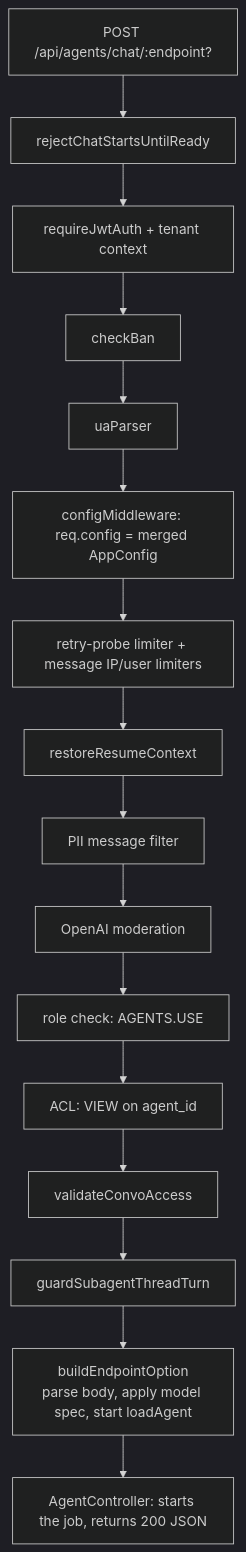
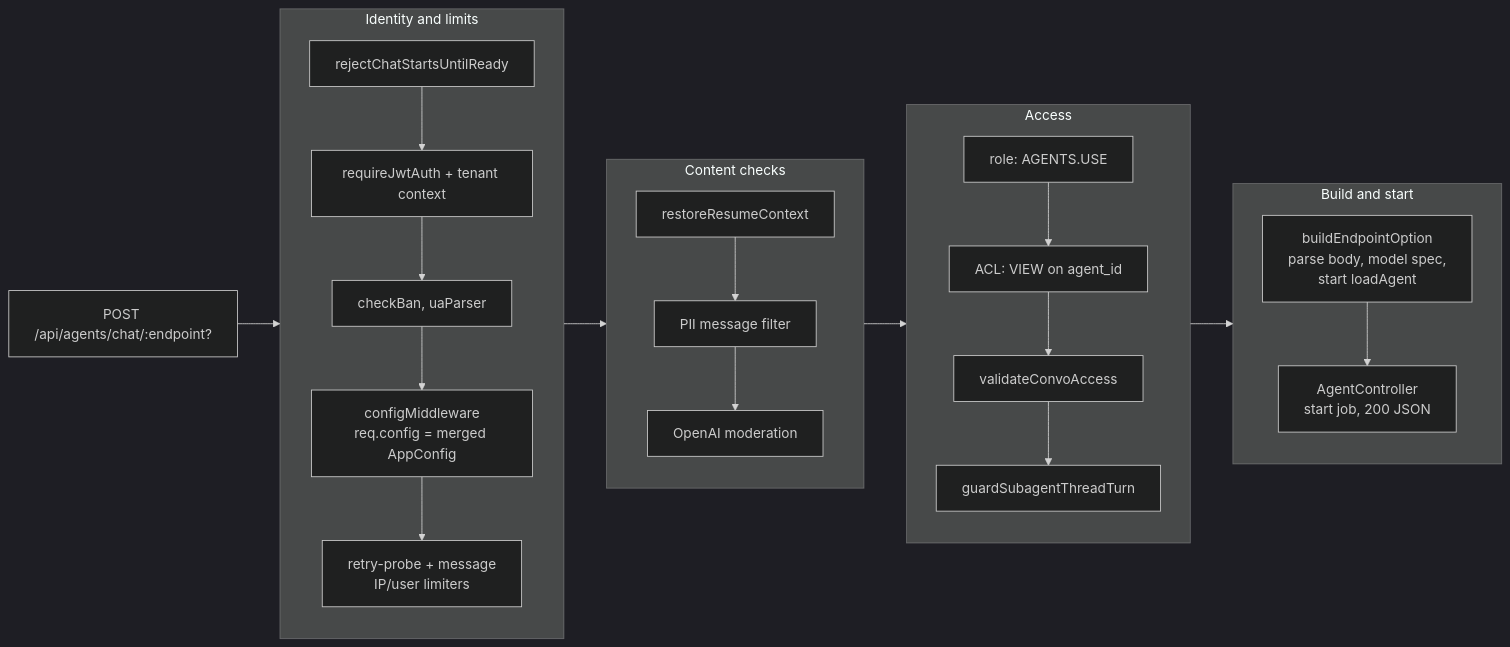
The fifth of 24 diagrams in docs/architecture/README.md (ritchie-xl/LibreChat), drawn with Mermaid (dark theme) before and after one commit. The commit also changed other lines of this file, not shown here.

Commit message:
docs: lay out long architecture flowcharts in stages
Claude-Session: https://claude.ai/code/session_0177wHVj6TGEj5PxjwcsLFvs

````diff
--- a/docs/architecture/README.md
+++ b/docs/architecture/README.md
@@ -237,11 +237,21 @@
 ```mermaid
-flowchart TB
-  P["POST /api/agents/chat/:endpoint?"] --> G1["rejectChatStartsUntilReady"]
-  G1 --> A1["requireJwtAuth + tenant context"] --> A2["checkBan"] --> A3["uaParser"]
-  A3 --> A4["configMiddleware: req.config = merged AppConfig"]
-  A4 --> L1["retry-probe limiter + message IP/user limiters"]
-  L1 --> F1["restoreResumeContext"] --> F2["PII message filter"] --> F3["OpenAI moderation"]
-  F3 --> Z1["role check: AGENTS.USE"] --> Z2["ACL: VIEW on agent_id"] --> Z3["validateConvoAccess"] --> Z4["guardSubagentThreadTurn"]
-  Z4 --> B1["buildEndpointOption<br/>parse body, apply model spec, start loadAgent"]
-  B1 --> CTL["AgentController: starts the job, returns 200 JSON"]
+flowchart LR
+  P["POST /api/agents/chat/:endpoint?"] --> S1
+  subgraph S1["Identity and limits"]
+    direction TB
+    G1["rejectChatStartsUntilReady"] --> A1["requireJwtAuth + tenant context"] --> A2["checkBan, uaParser"] --> A4["configMiddleware<br/>req.config = merged AppConfig"] --> L1["retry-probe + message<br/>IP/user limiters"]
+  end
+  subgraph S2["Content checks"]
+    direction TB
+    F1["restoreResumeContext"] --> F2["PII message filter"] --> F3["OpenAI moderation"]
+  end
+  subgraph S3["Access"]
+    direction TB
+    Z1["role: AGENTS.USE"] --> Z2["ACL: VIEW on agent_id"] --> Z3["validateConvoAccess"] --> Z4["guardSubagentThreadTurn"]
+  end
+  subgraph S4["Build and start"]
+    direction TB
+    B1["buildEndpointOption<br/>parse body, model spec,<br/>start loadAgent"] --> CTL["AgentController<br/>start job, 200 JSON"]
+  end
+  S1 --> S2 --> S3 --> S4
 ```
````
